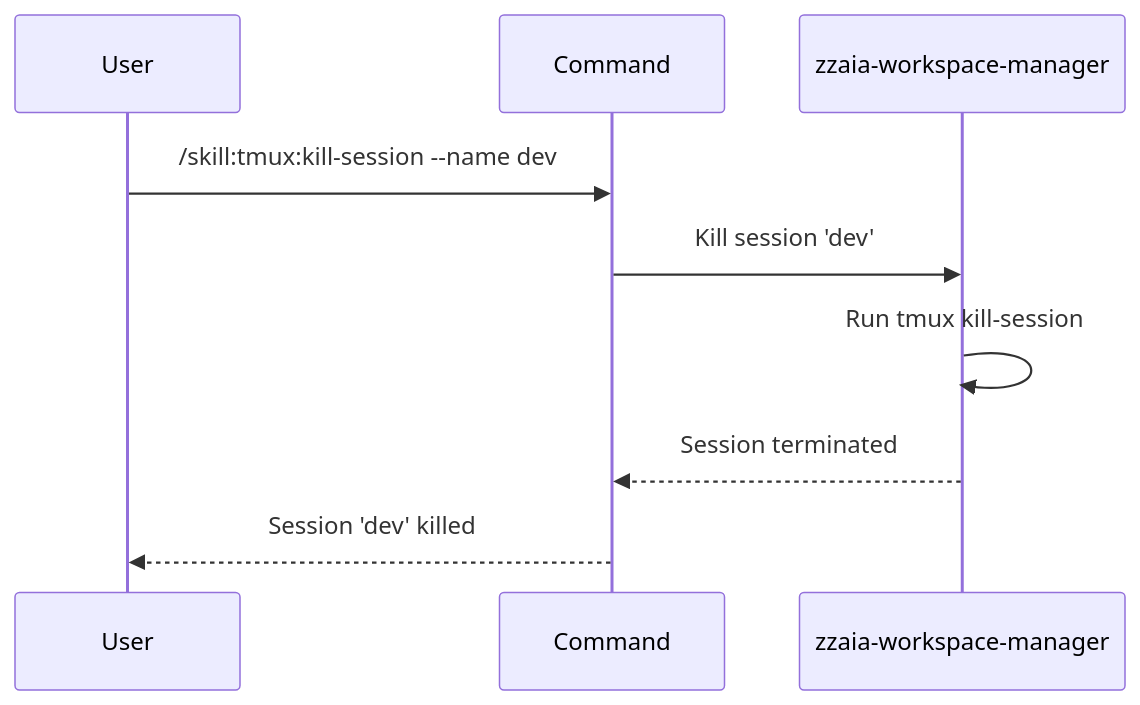
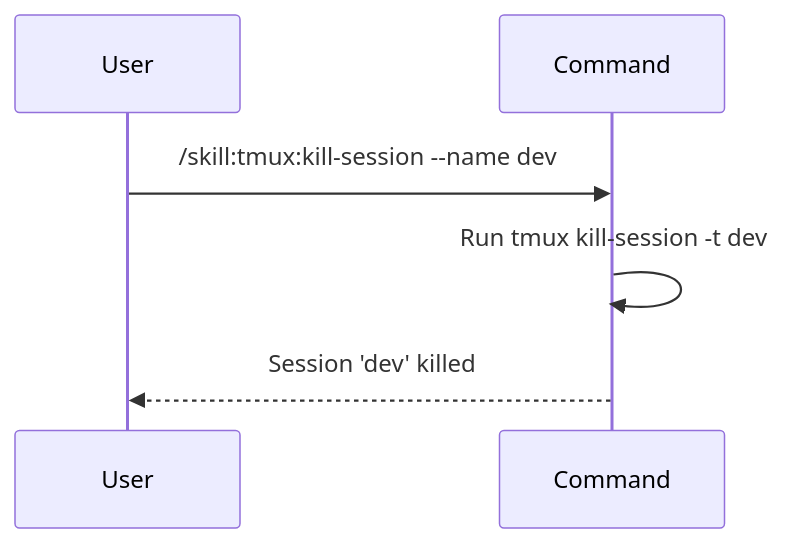
The diagram in .claude/commands/skill/tmux/kill-session/SKILL.md (zzaia/zzaia-agentic-workspace), drawn with Mermaid before and after one commit. The commit also changed 5 other files, not shown here.

````diff
--- a/.claude/commands/skill/tmux/kill-session/SKILL.md
+++ b/.claude/commands/skill/tmux/kill-session/SKILL.md
@@ -32,12 +32,9 @@
 ```mermaid
 sequenceDiagram
     participant U as User
     participant C as Command
-    participant WM as zzaia-workspace-manager
 
     U->>C: /skill:tmux:kill-session --name dev
-    C->>WM: Kill session 'dev'
-    WM->>WM: Run tmux kill-session
-    WM-->>C: Session terminated
+    C->>C: Run tmux kill-session -t dev
     C-->>U: Session 'dev' killed
 ```
````
